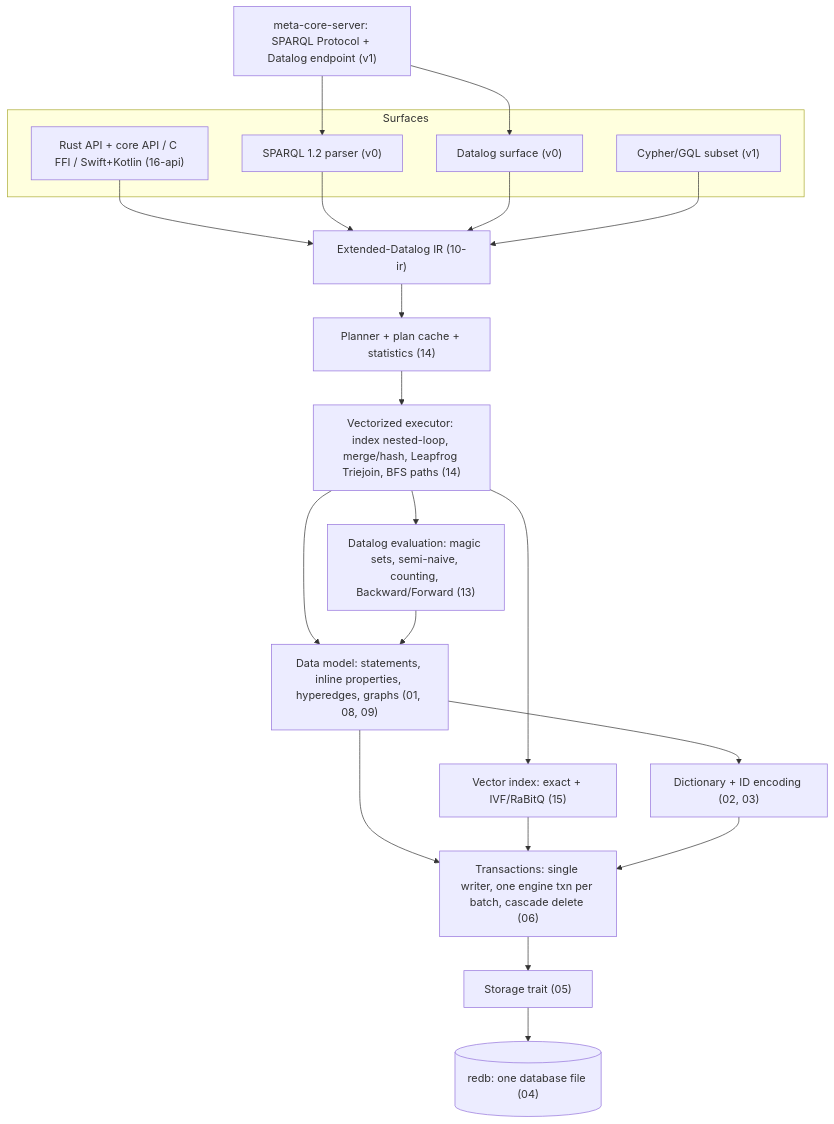
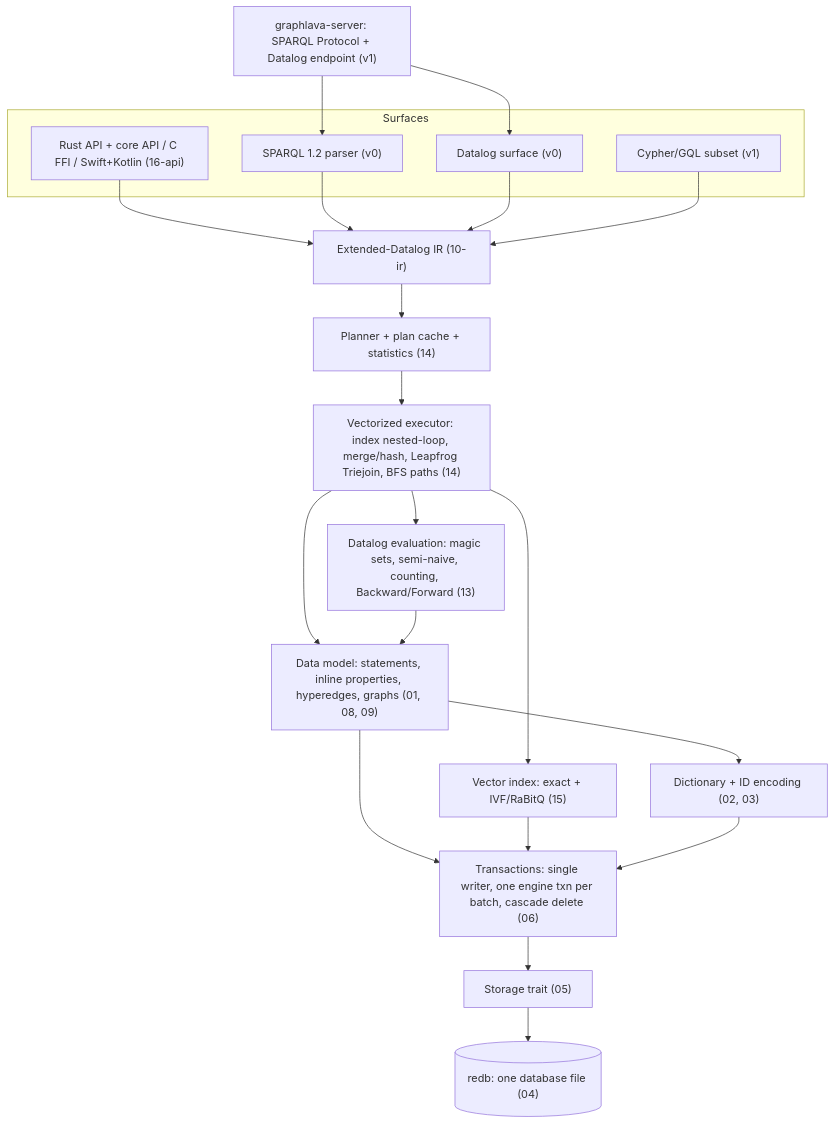
The diagram in tg.md/00-overview.md (Volland/graphlava), drawn with Mermaid before and after one commit. The commit also changed other lines of this file and 106 other files, not shown here.

````diff
--- a/tg.md/00-overview.md
+++ b/tg.md/00-overview.md
@@ -68,37 +68,37 @@
 ```mermaid
 flowchart TB
   subgraph Surfaces
     SPARQL["SPARQL 1.2 parser (v0)"]
     DLOG["Datalog surface (v0)"]
     CYPHER["Cypher/GQL subset (v1)"]
     API["Rust API + core API / C FFI / Swift+Kotlin (16-api)"]
   end
-  SERVER["meta-core-server: SPARQL Protocol + Datalog endpoint (v1)"]
+  SERVER["graphlava-server: SPARQL Protocol + Datalog endpoint (v1)"]
   IR["Extended-Datalog IR (10-ir)"]
   PLAN["Planner + plan cache + statistics (14)"]
   EXEC["Vectorized executor: index nested-loop, merge/hash, Leapfrog Triejoin, BFS paths (14)"]
   REASON["Datalog evaluation: magic sets, semi-naive, counting, Backward/Forward (13)"]
   VEC["Vector index: exact + IVF/RaBitQ (15)"]
   MODEL["Data model: statements, inline properties, hyperedges, graphs (01, 08, 09)"]
   DICT["Dictionary + ID encoding (02, 03)"]
   TXN["Transactions: single writer, one engine txn per batch, cascade delete (06)"]
   STORE["Storage trait (05)"]
   REDB[("redb: one database file (04)")]
 
   SERVER --> SPARQL
   SERVER --> DLOG
   API --> IR
   SPARQL --> IR
   DLOG --> IR
   CYPHER --> IR
   IR --> PLAN --> EXEC
   EXEC --> REASON
   EXEC --> VEC
   EXEC --> MODEL
   REASON --> MODEL
   MODEL --> DICT
   MODEL --> TXN
   VEC --> TXN
   DICT --> TXN
   TXN --> STORE --> REDB
 ```
````
